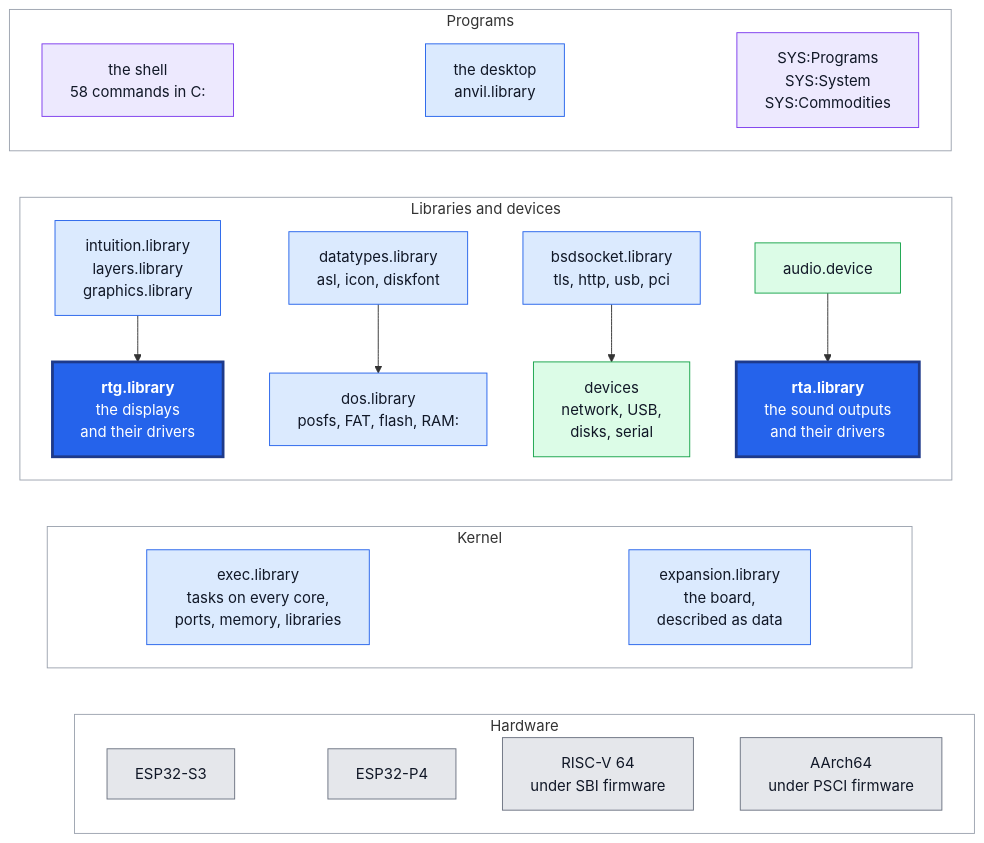
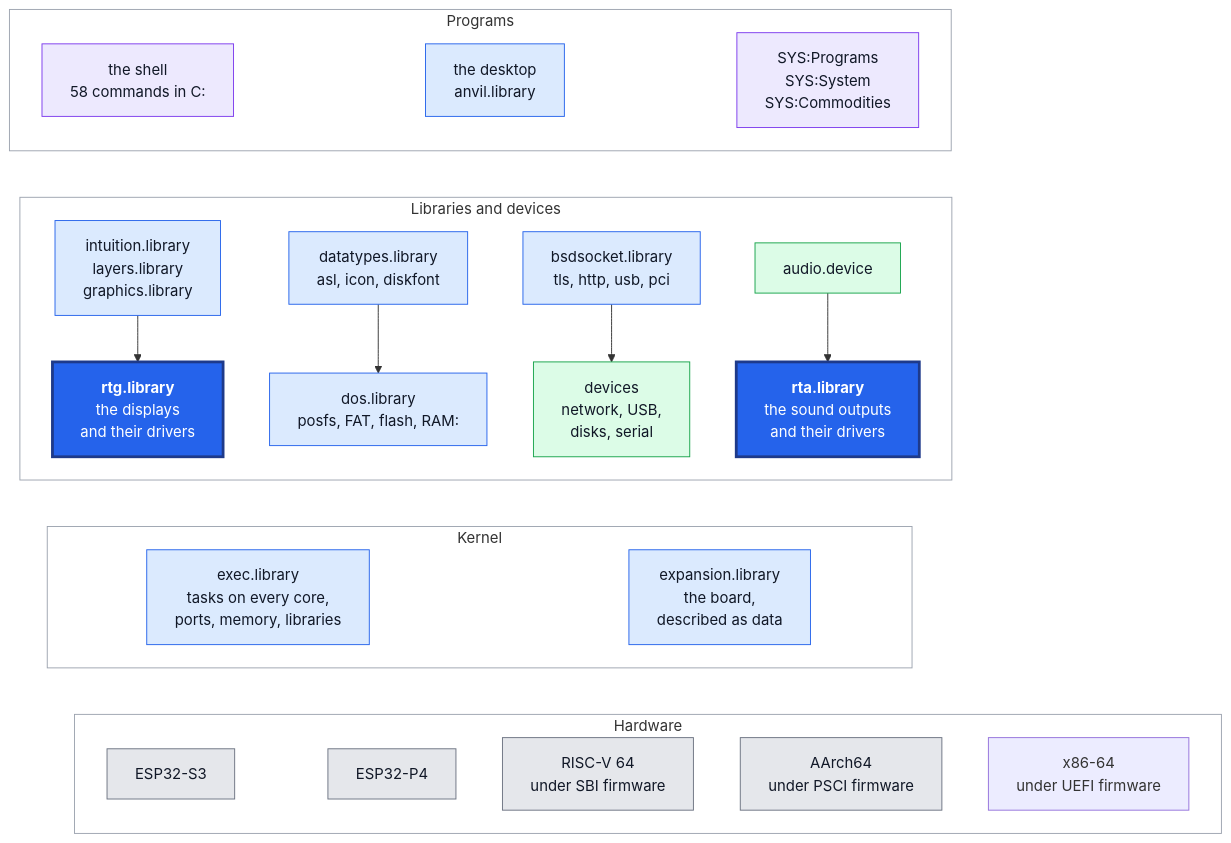
One commit to cycl0ne/poweros_esp32 changed the diagram in README.md. Above: the diagram before and after it, drawn with Mermaid. The commit also changed other lines of this file and 17 other files, not shown here.

````diff
--- a/README.md
+++ b/README.md
@@ -84,64 +86,65 @@
 ```mermaid
 flowchart TB
     subgraph m_programs ["Programs"]
         m_shell["the shell<br/>58 commands in C:"]
         m_desktop["the desktop<br/>anvil.library"]
         m_apps["SYS:Programs<br/>SYS:System<br/>SYS:Commodities"]
     end
 
     subgraph m_modules ["Libraries and devices"]
         m_intuition["intuition.library<br/>layers.library<br/>graphics.library"]
         m_datatypes["datatypes.library<br/>asl, icon, diskfont"]
         m_network["bsdsocket.library<br/>tls, http, usb, pci"]
         m_audio["audio.device"]
         m_rtg["<b>rtg.library</b><br/>the displays<br/>and their drivers"]
         m_dos["dos.library<br/>posfs, FAT, flash, RAM:"]
         m_devices["devices<br/>network, USB,<br/>disks, serial"]
         m_rta["<b>rta.library</b><br/>the sound outputs<br/>and their drivers"]
     end
 
     subgraph m_kernel ["Kernel"]
         m_exec["exec.library<br/>tasks on every core,<br/>ports, memory, libraries"]
         m_expansion["expansion.library<br/>the board,<br/>described as data"]
     end
 
     subgraph m_hardware ["Hardware"]
         m_s3["ESP32-S3"]
         m_p4["ESP32-P4"]
         m_rv64["RISC-V 64<br/>under SBI firmware"]
         m_a64["AArch64<br/>under PSCI firmware"]
+        m_x64["x86-64<br/>under UEFI firmware"]
     end
 
     m_intuition --> m_rtg
     m_datatypes --> m_dos
     m_network --> m_devices
     m_audio --> m_rta
 
     m_shell ~~~ m_intuition
     m_desktop ~~~ m_datatypes
     m_desktop ~~~ m_network
     m_apps ~~~ m_audio
     m_rtg ~~~ m_exec
     m_dos ~~~ m_exec
     m_devices ~~~ m_expansion
     m_rta ~~~ m_expansion
     m_exec ~~~ m_s3
     m_exec ~~~ m_p4
     m_expansion ~~~ m_rv64
     m_expansion ~~~ m_a64
 
     classDef prog fill:#ede9fe,stroke:#7c3aed,color:#111827
     class m_shell,m_apps prog
     classDef lib fill:#dbeafe,stroke:#2563eb,color:#111827
     class m_desktop,m_intuition,m_datatypes,m_network,m_dos,m_exec,m_expansion lib
     classDef dev fill:#dcfce7,stroke:#16a34a,color:#111827
     class m_audio,m_devices dev
     classDef key fill:#2563eb,stroke:#1e3a8a,stroke-width:3px,color:#ffffff
     class m_rtg,m_rta key
     classDef chip fill:#e5e7eb,stroke:#6b7280,color:#111827
     class m_s3,m_p4,m_rv64,m_a64 chip
     style m_programs fill:none,stroke:#9ca3af
     style m_modules fill:none,stroke:#9ca3af
     style m_kernel fill:none,stroke:#9ca3af
     style m_hardware fill:none,stroke:#9ca3af
 ```
````
